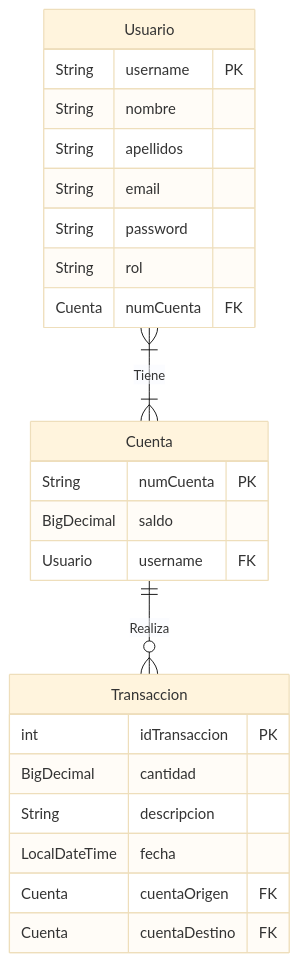
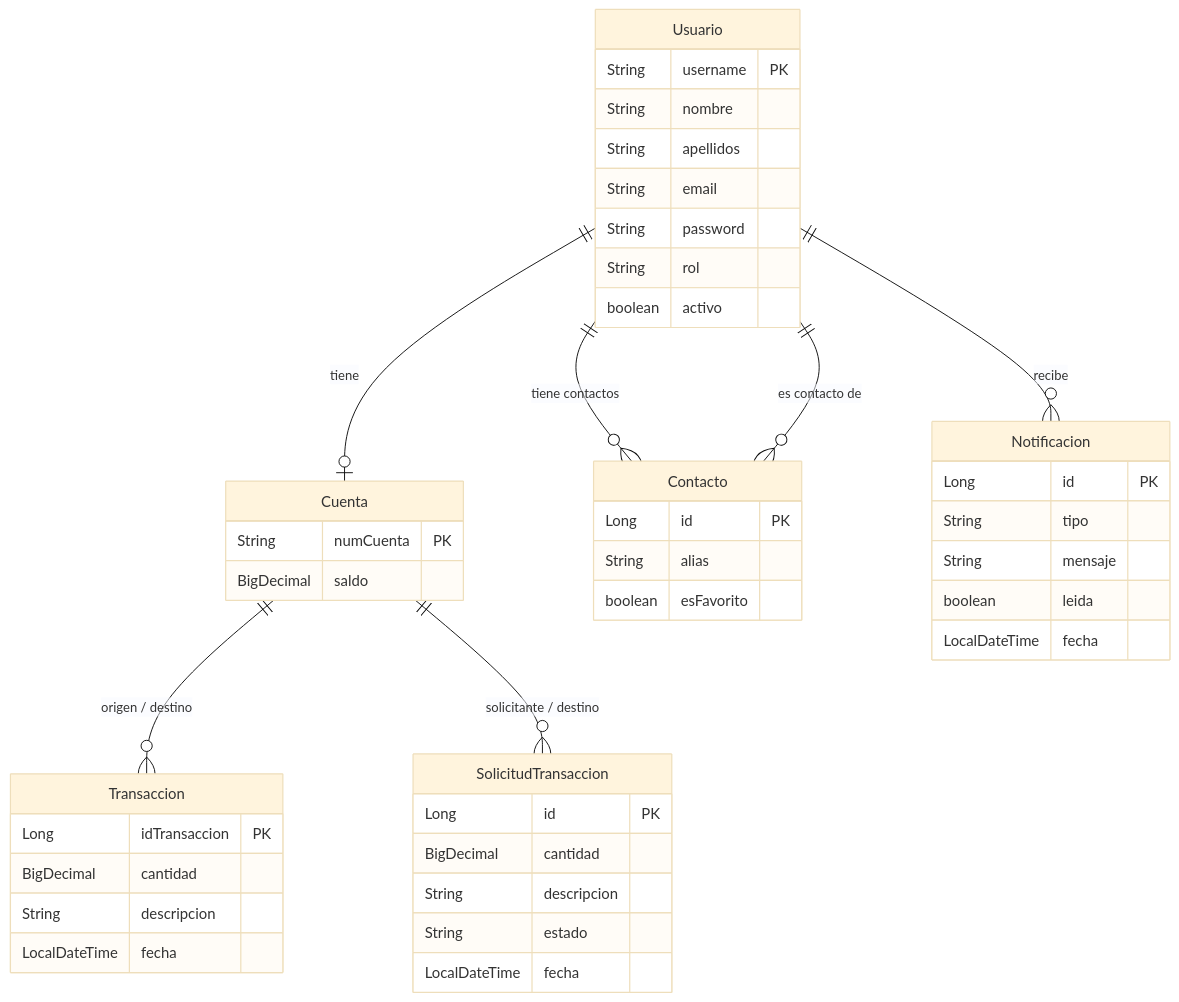
The diagram in README.md (franciscoasismc/APIZum), drawn with Mermaid (base theme) before and after one commit. The commit also changed other lines of this file and 70 other files, not shown here.

````diff
--- a/README.md
+++ b/README.md
@@ -121,27 +147,48 @@
 ```mermaid
 erDiagram
-  Usuario }|--|{ Cuenta : Tiene
-  Cuenta ||--o{ Transaccion : Realiza
+  Usuario ||--o| Cuenta : tiene
+  Cuenta  ||--o{ Transaccion : "origen / destino"
+  Usuario ||--o{ Contacto : "tiene contactos"
+  Usuario ||--o{ Contacto : "es contacto de"
+  Cuenta  ||--o{ SolicitudTransaccion : "solicitante / destino"
+  Usuario ||--o{ Notificacion : recibe
+
   Usuario {
-    String username PK
-    String nombre
-    String apellidos
-    String email
-    String password
-    String rol
-    Cuenta numCuenta FK
+    String  username PK
+    String  nombre
+    String  apellidos
+    String  email
+    String  password
+    String  rol
+    boolean activo
   }
   Cuenta {
-    String numCuenta PK
+    String     numCuenta PK
     BigDecimal saldo
-    Usuario username FK
   }
   Transaccion {
-    int idTransaccion PK
-    BigDecimal cantidad
-    String descripcion
+    Long          idTransaccion PK
+    BigDecimal    cantidad
+    String        descripcion
     LocalDateTime fecha
-    Cuenta cuentaOrigen FK
-    Cuenta cuentaDestino FK
+  }
+  Contacto {
+    Long    id PK
+    String  alias
+    boolean esFavorito
+  }
+  SolicitudTransaccion {
+    Long          id PK
+    BigDecimal    cantidad
+    String        descripcion
+    String        estado
+    LocalDateTime fecha
+  }
+  Notificacion {
+    Long          id PK
+    String        tipo
+    String        mensaje
+    boolean       leida
+    LocalDateTime fecha
   }
 ```
````
